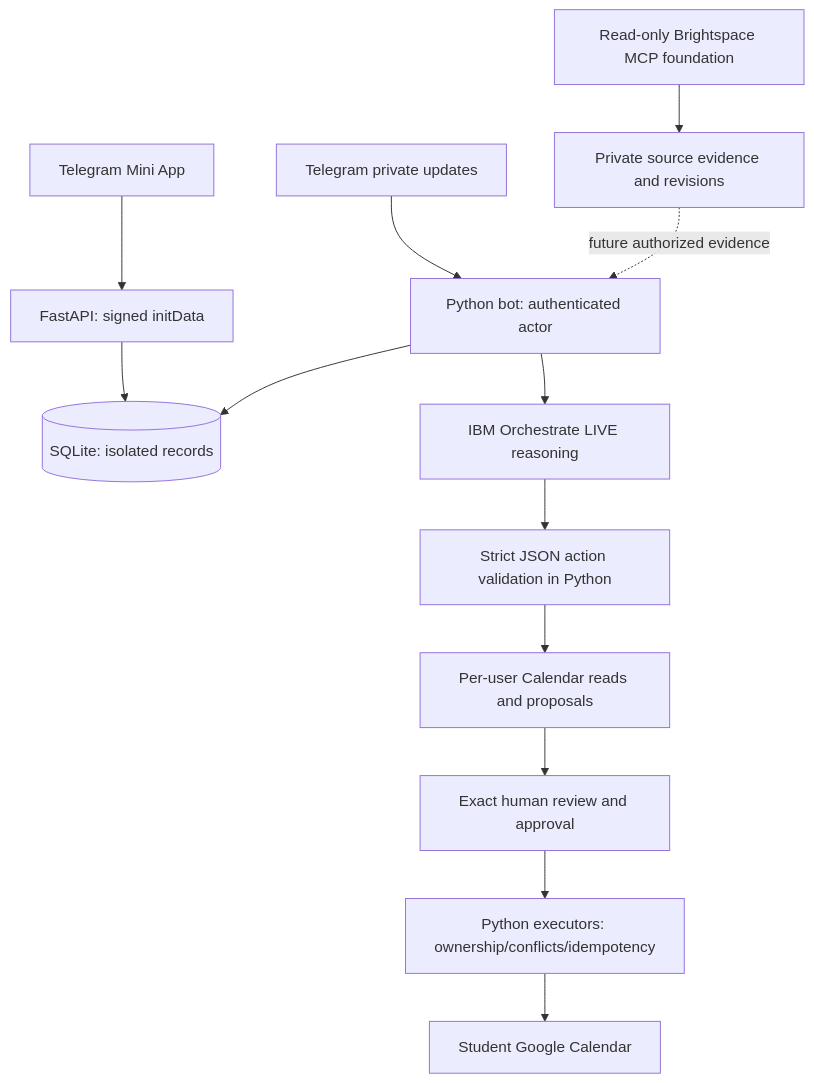
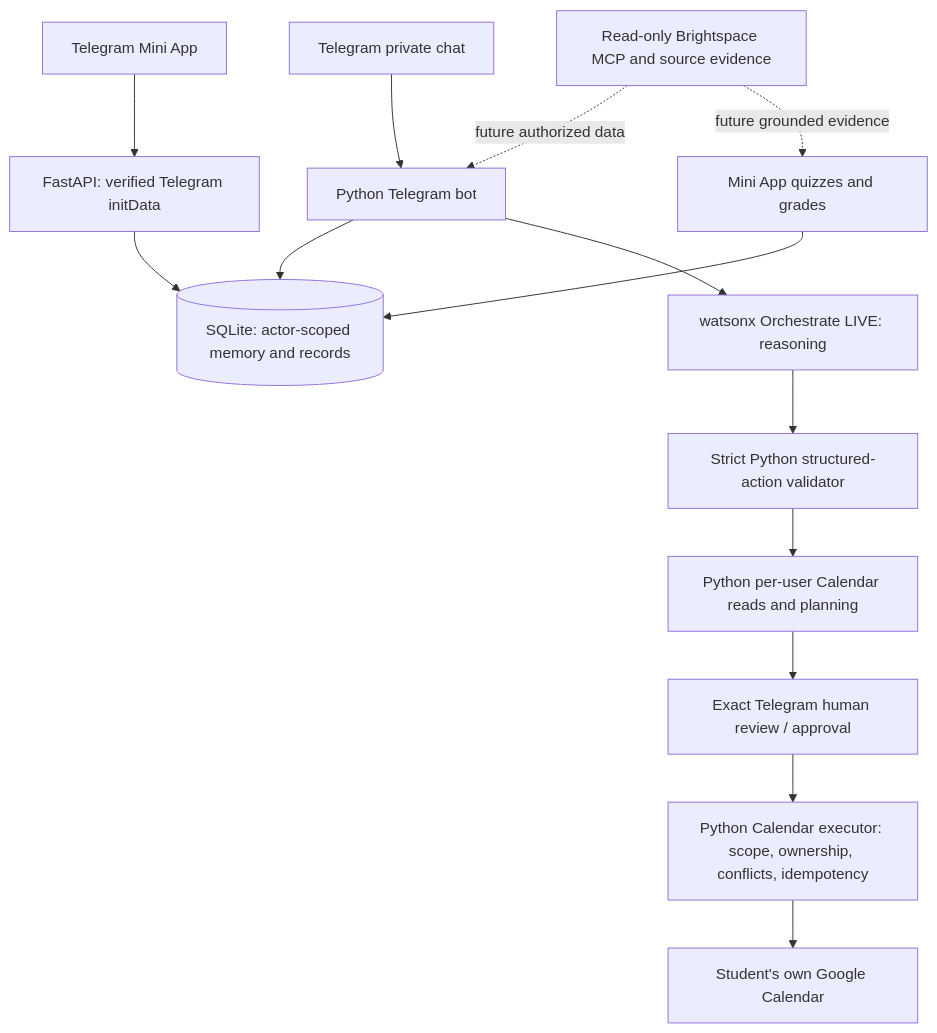
Before and after one commit to kiakky/ai-study-agent: the diagram in README.md, drawn with Mermaid. The commit also changed other lines of this file, not shown here.

````diff
--- a/README.md
+++ b/README.md
@@ -49,15 +126,16 @@
 ```mermaid
 flowchart TD
-    T[Telegram private updates] --> P[Python bot: authenticated actor]
-    W[Telegram Mini App] --> A[FastAPI: signed initData]
-    A --> D[(SQLite: isolated records)]
-    P --> D
-    P --> O[IBM Orchestrate LIVE reasoning]
-    O --> V[Strict JSON action validation in Python]
-    V --> C[Per-user Calendar reads and proposals]
-    C --> H[Exact human review and approval]
-    H --> E[Python executors: ownership/conflicts/idempotency]
-    E --> G[Student Google Calendar]
-    L[Read-only Brightspace MCP foundation] --> S[Private source evidence and revisions]
-    S -. future authorized evidence .-> P
+    TG[Telegram private chat] --> BOT[Python Telegram bot]
+    MA[Telegram Mini App] --> API[FastAPI: verified Telegram initData]
+    BOT --> DB[(SQLite: actor-scoped memory and records)]
+    API --> DB
+    BOT --> IBM[watsonx Orchestrate LIVE: reasoning]
+    IBM --> VAL[Strict Python structured-action validator]
+    VAL --> CAL[Python per-user Calendar reads and planning]
+    CAL --> APPROVAL[Exact Telegram human review / approval]
+    APPROVAL --> EXEC[Python Calendar executor: scope, ownership, conflicts, idempotency]
+    EXEC --> GOOGLE[Student's own Google Calendar]
+    LMS[Read-only Brightspace MCP and source evidence] -.future authorized data.-> BOT
+    LMS -.future grounded evidence.-> QUIZ[Mini App quizzes and grades]
+    QUIZ --> DB
 ```
````
